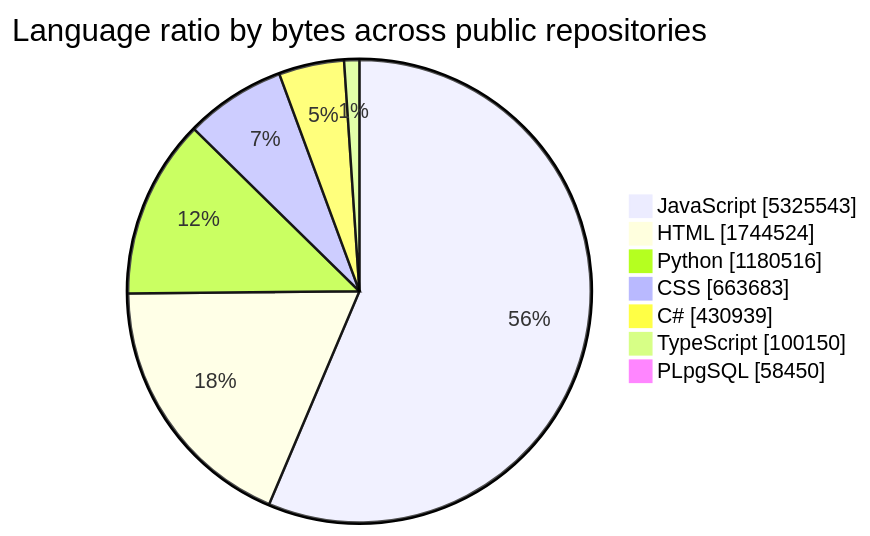
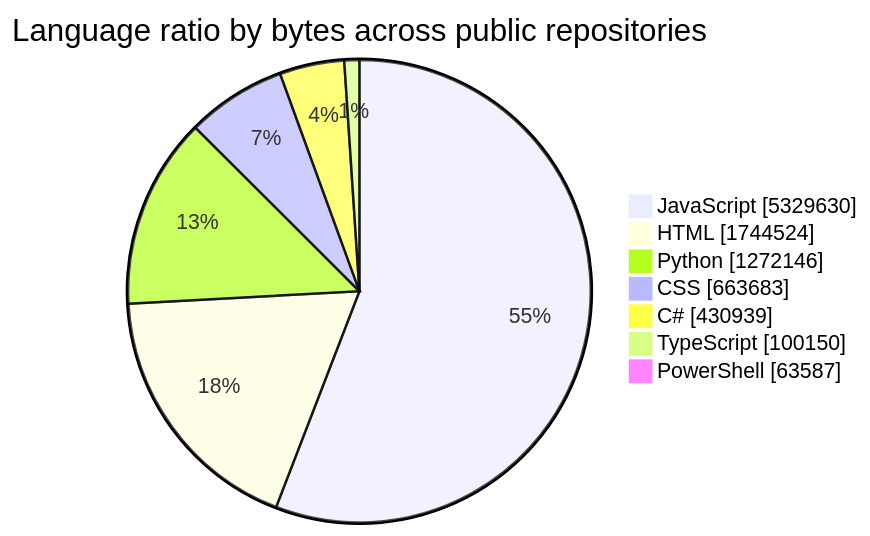
One commit to tchinso/tchinso changed the first of 2 diagrams in README.md. Above: the diagram before and after it, drawn with Mermaid. The commit also changed other lines of this file, not shown here.

````diff
--- a/README.md
+++ b/README.md
@@ -24,11 +24,11 @@
 ```mermaid
 pie showData
     title Language ratio by bytes across public repositories
-    "JavaScript" : 5325543
+    "JavaScript" : 5329630
     "HTML" : 1744524
-    "Python" : 1180516
+    "Python" : 1272146
     "CSS" : 663683
     "C#" : 430939
     "TypeScript" : 100150
-    "PLpgSQL" : 58450
+    "PowerShell" : 63587
 ```
````
